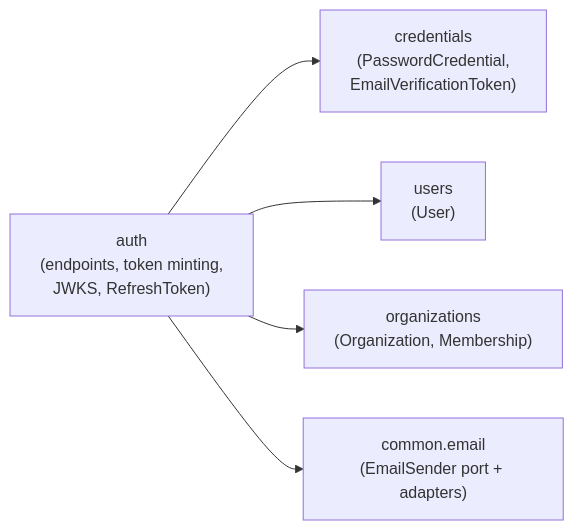
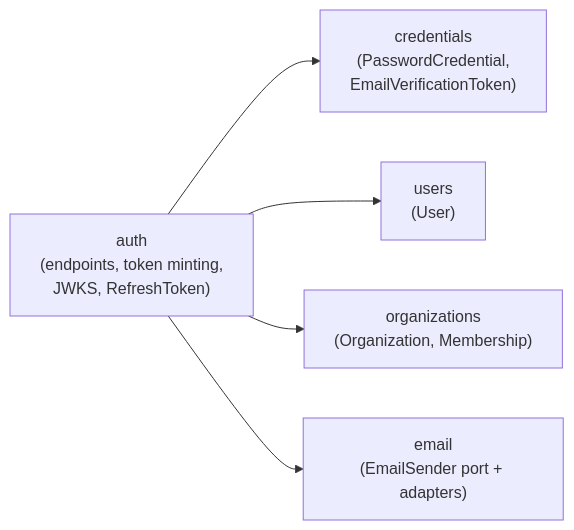
One commit to Zarlania/zarlania-api changed the diagram in docs/references/000002-authentication-and-tokens.md. Above: the diagram before and after it, drawn with Mermaid. The commit also changed other lines of this file and 3 other files, not shown here.

````diff
--- a/docs/references/000002-authentication-and-tokens.md
+++ b/docs/references/000002-authentication-and-tokens.md
@@ -45,13 +52,13 @@
 ```mermaid
 flowchart LR
   auth["auth\n(endpoints, token minting,\nJWKS, RefreshToken)"]
   credentials["credentials\n(PasswordCredential,\nEmailVerificationToken)"]
   users["users\n(User)"]
   organizations["organizations\n(Organization, Membership)"]
-  email["common.email\n(EmailSender port + adapters)"]
+  email["email\n(EmailSender port + adapters)"]
 
   auth --> credentials
   auth --> users
   auth --> organizations
   auth --> email
 ```
````
